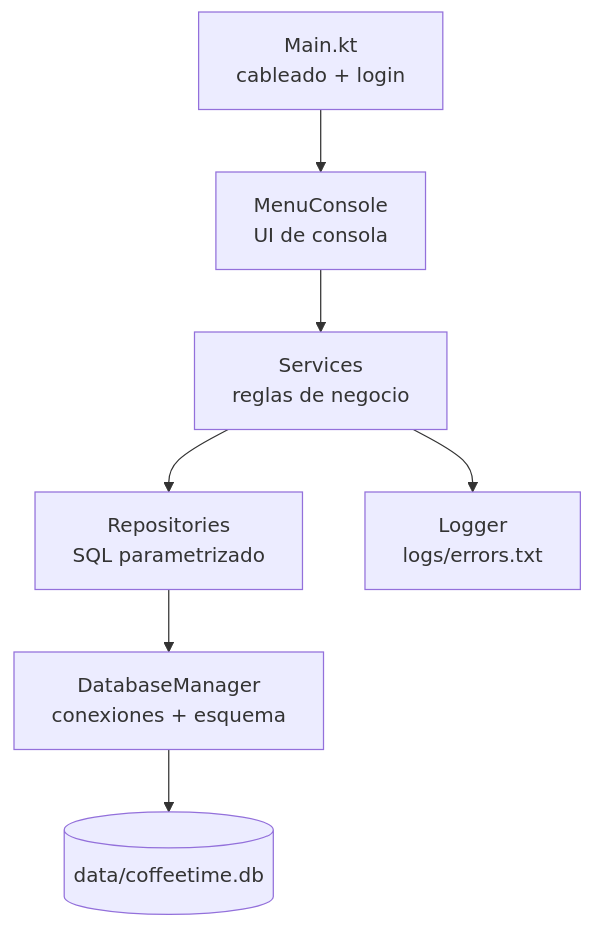
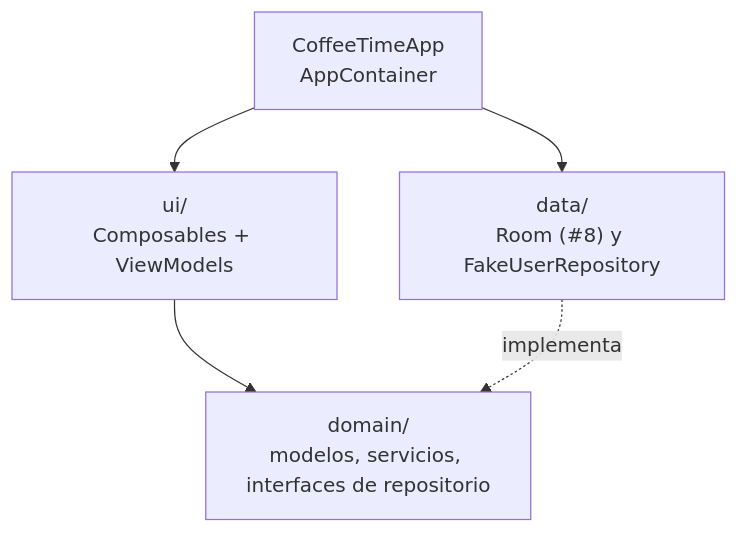
Before and after one commit to CesarGonzalez2601/coffee-time: the first of 2 diagrams in README.md, drawn with Mermaid. The commit also changed other lines of this file, not shown here.

````diff
--- a/README.md
+++ b/README.md
@@ -86,9 +81,7 @@
 ```mermaid
 flowchart TD
-    Main["Main.kt<br/>cableado + login"] --> Menu["MenuConsole<br/>UI de consola"]
-    Menu --> Svc["Services<br/>reglas de negocio"]
-    Svc --> Repo["Repositories<br/>SQL parametrizado"]
-    Repo --> DBM["DatabaseManager<br/>conexiones + esquema"]
-    DBM --> DB[("data/coffeetime.db")]
-    Svc --> Log["Logger<br/>logs/errors.txt"]
+    UI["ui/<br/>Composables + ViewModels"] --> Domain["domain/<br/>modelos, servicios, interfaces de repositorio"]
+    Data["data/<br/>Room (#8) y FakeUserRepository"] -. implementa .-> Domain
+    App["CoffeeTimeApp<br/>AppContainer"] --> UI
+    App --> Data
 ```
````
